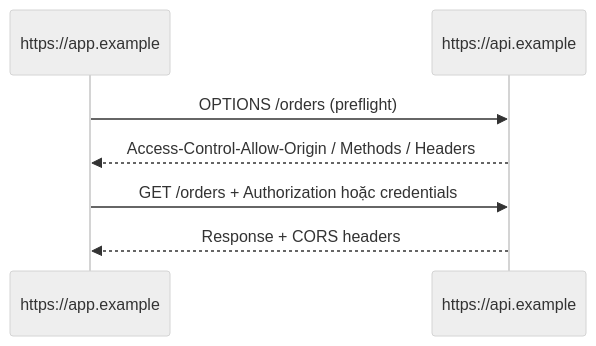
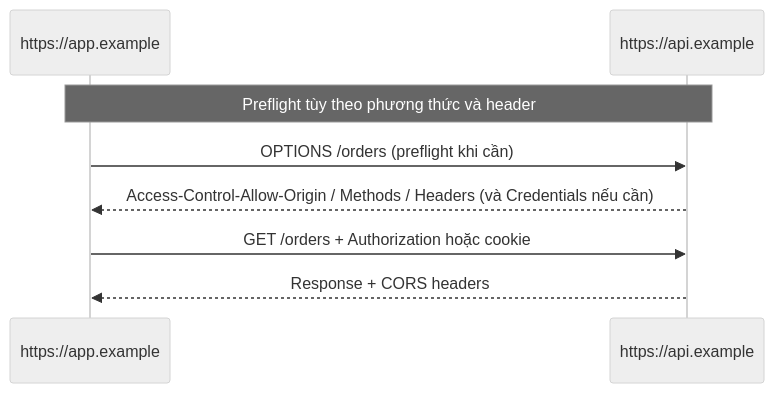
The second of 3 diagrams in content/docs/backend-engineering/auth-debugging-field-guide.vi.mdx (thucne/software-development-atlas), drawn with Mermaid (neutral theme) before and after one commit. The commit also changed other lines of this file and 6 other files, not shown here.

````diff
--- a/content/docs/backend-engineering/auth-debugging-field-guide.vi.mdx
+++ b/content/docs/backend-engineering/auth-debugging-field-guide.vi.mdx
@@ -115,10 +116,11 @@
 ```mermaid
 sequenceDiagram
   participant SPA as https://app.example
   participant API as https://api.example
 
-  SPA->>API: OPTIONS /orders (preflight)
-  API-->>SPA: Access-Control-Allow-Origin / Methods / Headers
-  SPA->>API: GET /orders + Authorization hoặc credentials
+  Note over SPA,API: Preflight tùy theo phương thức và header
+  SPA->>API: OPTIONS /orders (preflight khi cần)
+  API-->>SPA: Access-Control-Allow-Origin / Methods / Headers (và Credentials nếu cần)
+  SPA->>API: GET /orders + Authorization hoặc cookie
   API-->>SPA: Response + CORS headers
 ```
````
